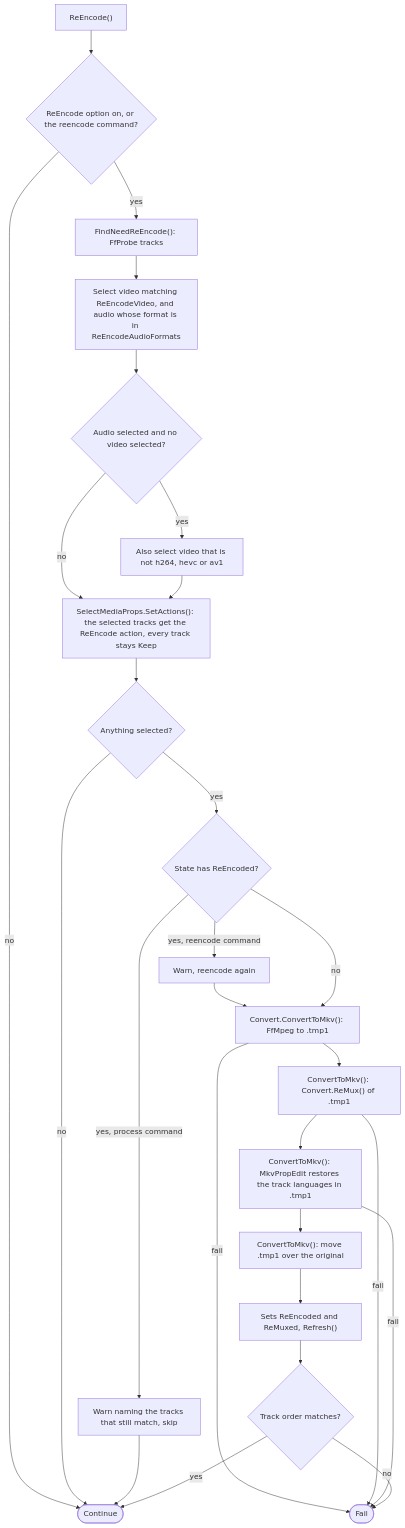
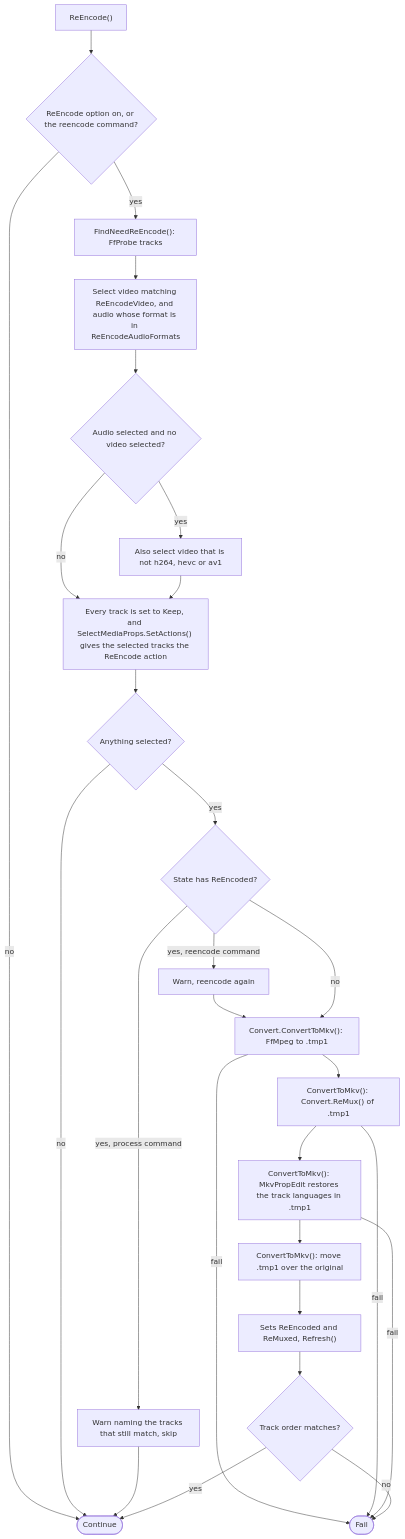
Before and after one commit to ptr727/PlexCleaner: diagram 18 of 20 in ARCHITECTURE.md, drawn with Mermaid. The commit also changed other lines of this file and 5 other files, not shown here.

First line of the commit message:
Address Local Review Findings on the Track Actions Split

````diff
--- a/ARCHITECTURE.md
+++ b/ARCHITECTURE.md
@@ -723,29 +723,29 @@
 ```mermaid
 flowchart TD
   A0["ReEncode()"] --> A1{"ReEncode option on, or the reencode command?"}
   A1 -->|no| AOK(["Continue"])
   A1 -->|yes| S0["FindNeedReEncode(): FfProbe tracks"]
   S0 --> S1["Select video matching ReEncodeVideo, and audio whose format is in ReEncodeAudioFormats"]
   S1 --> S2{"Audio selected and no video selected?"}
   S2 -->|yes| S3["Also select video that is not h264, hevc or av1"]
   S2 -->|no| SA
-  S3 --> SA["SelectMediaProps.SetActions(): the selected tracks get the ReEncode action, every track stays Keep"]
+  S3 --> SA["Every track is set to Keep, and SelectMediaProps.SetActions() gives the selected tracks the ReEncode action"]
   SA --> S4{"Anything selected?"}
   S4 -->|no| AOK
   S4 -->|yes| S5{"State has ReEncoded?"}
   S5 -->|"yes, process command"| SKIP["Warn naming the tracks that still match, skip"]
   SKIP --> AOK
   S5 -->|"yes, reencode command"| AGAIN["Warn, reencode again"]
   AGAIN --> C1
   S5 -->|no| C1["Convert.ConvertToMkv(): FfMpeg to .tmp1"]
   C1 -->|fail| FAIL(["Fail"])
   C1 --> C2["ConvertToMkv(): Convert.ReMux() of .tmp1"]
   C2 -->|fail| FAIL
   C2 --> C3["ConvertToMkv(): MkvPropEdit restores the track languages in .tmp1"]
   C3 -->|fail| FAIL
   C3 --> C6["ConvertToMkv(): move .tmp1 over the original"]
   C6 --> C4["Sets ReEncoded and ReMuxed, Refresh()"]
   C4 --> C5{"Track order matches?"}
   C5 -->|no| FAIL
   C5 -->|yes| AOK
 ```
````
